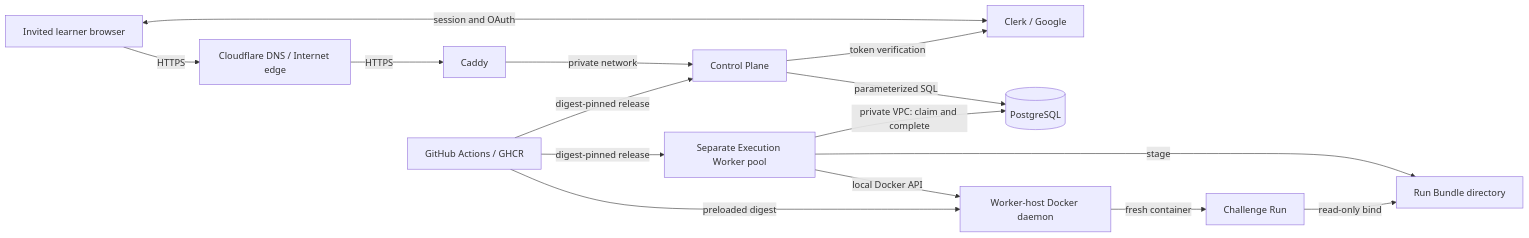
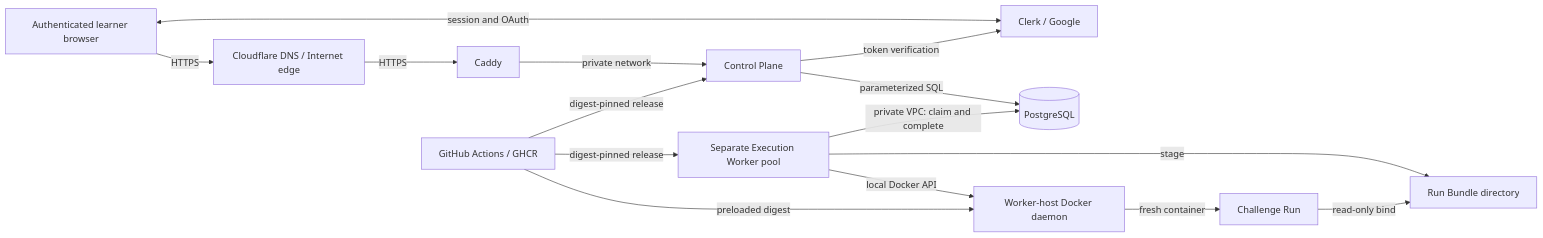
One commit to oseni99/makeitgreen changed the diagram in greenline/THREAT_MODEL.md. Above: the diagram before and after it, drawn with Mermaid. The commit also changed other lines of this file and 5 other files, not shown here.

````diff
--- a/greenline/THREAT_MODEL.md
+++ b/greenline/THREAT_MODEL.md
@@ -84,17 +85,17 @@
 ```mermaid
 flowchart LR
-    U[Invited learner browser] -->|HTTPS| E[Cloudflare DNS / Internet edge]
+    U[Authenticated learner browser] -->|HTTPS| E[Cloudflare DNS / Internet edge]
     E -->|HTTPS| C[Caddy]
     C -->|private network| A[Control Plane]
     U <-->|session and OAuth| K[Clerk / Google]
     A -->|token verification| K
     A -->|parameterized SQL| P[(PostgreSQL)]
     W[Separate Execution Worker pool] -->|private VPC: claim and complete| P
     W -->|local Docker API| D[Worker-host Docker daemon]
     D -->|fresh container| R[Challenge Run]
     W -->|stage| B[Run Bundle directory]
     R -->|read-only bind| B
     G[GitHub Actions / GHCR] -->|digest-pinned release| A
     G -->|digest-pinned release| W
     G -->|preloaded digest| D
 ```
````
